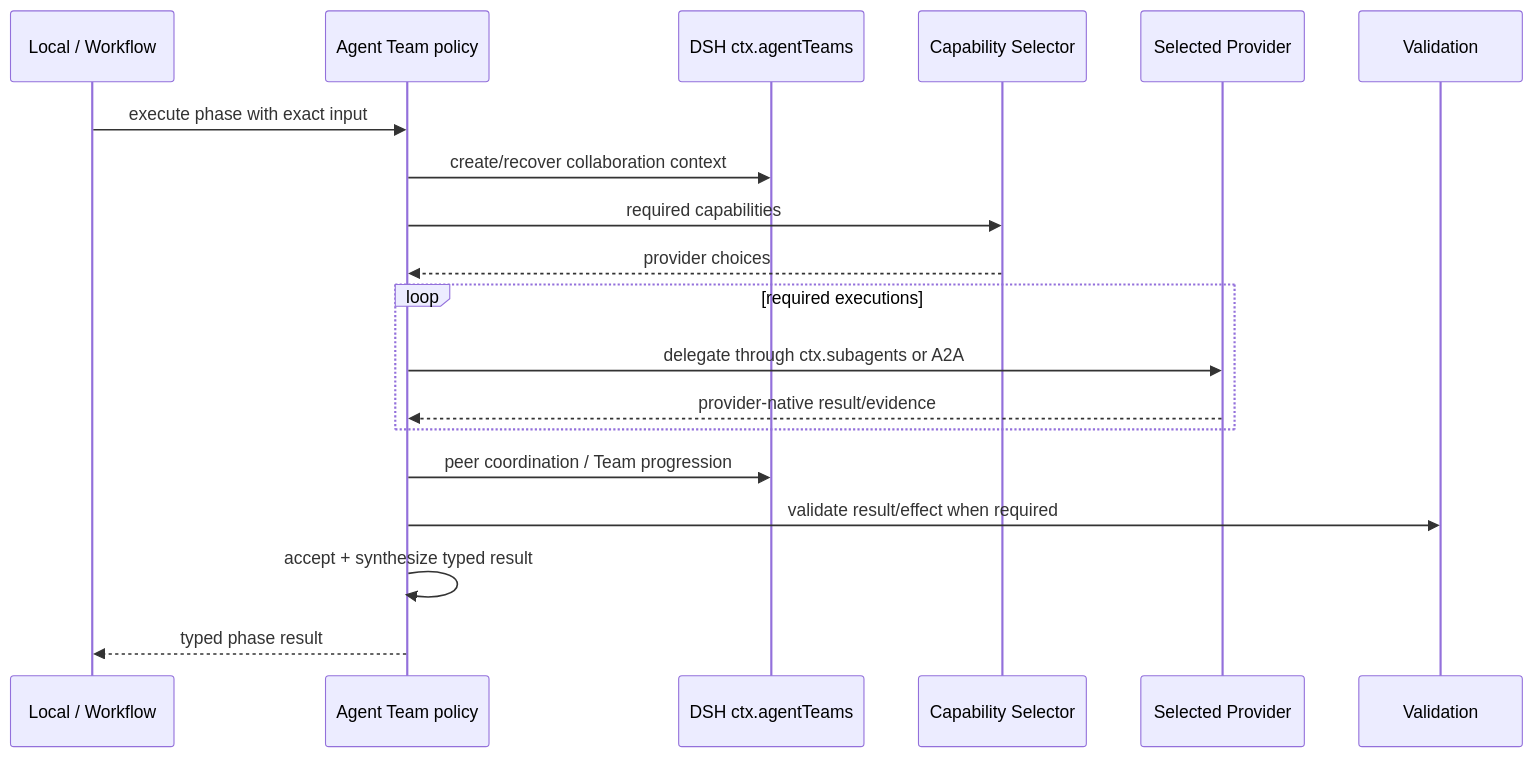
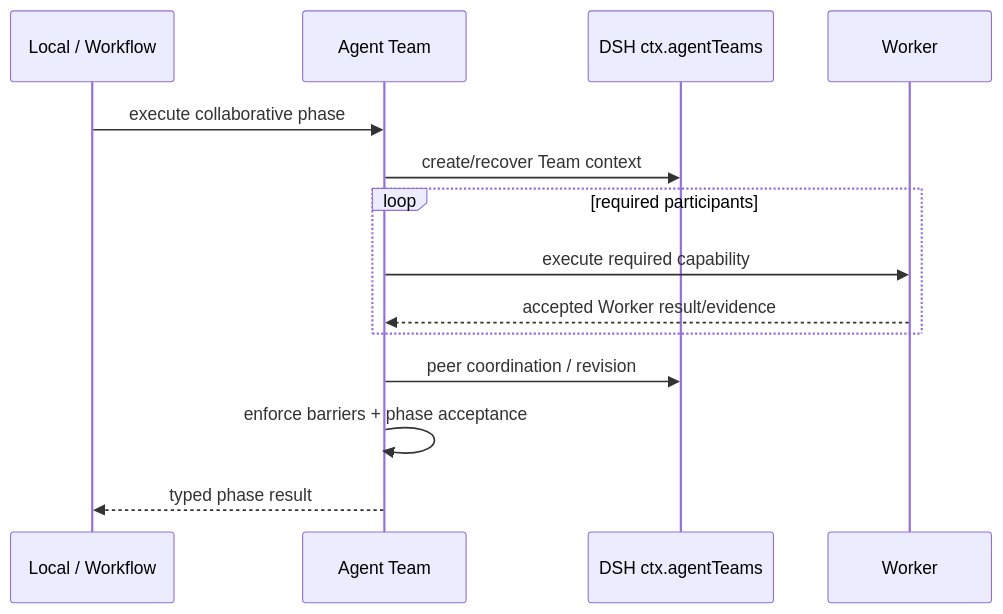
One commit to tsuuanmi/AgentOS changed the second of 4 diagrams in docs/architecture/interaction-model.md. Above: the diagram before and after it, drawn with Mermaid. The commit also changed other lines of this file, not shown here.

Commit message:
docs: route all delegated execution through Worker plugin

```diff
--- a/docs/architecture/interaction-model.md
+++ b/docs/architecture/interaction-model.md
@@ -28,24 +25,19 @@
 ~~~mermaid
 sequenceDiagram
     participant L as Local / Workflow
-    participant A as Agent Team policy
+    participant T as Agent Team
     participant D as DSH ctx.agentTeams
-    participant S as Capability Selector
-    participant P as Selected Provider
-    participant V as Validation
+    participant W as Worker
 
-    L->>A: execute phase with exact input
-    A->>D: create/recover collaboration context
-    A->>S: required capabilities
-    S-->>A: provider choices
+    L->>T: execute collaborative phase
+    T->>D: create/recover Team context
 
-    loop required executions
-        A->>P: delegate through ctx.subagents or A2A
-        P-->>A: provider-native result/evidence
+    loop required participants
+        T->>W: execute required capability
+        W-->>T: accepted Worker result/evidence
     end
 
-    A->>D: peer coordination / Team progression
-    A->>V: validate result/effect when required
-    A->>A: accept + synthesize typed result
-    A-->>L: typed phase result
+    T->>D: peer coordination / revision
+    T->>T: enforce barriers + phase acceptance
+    T-->>L: typed phase result
 ~~~
```
